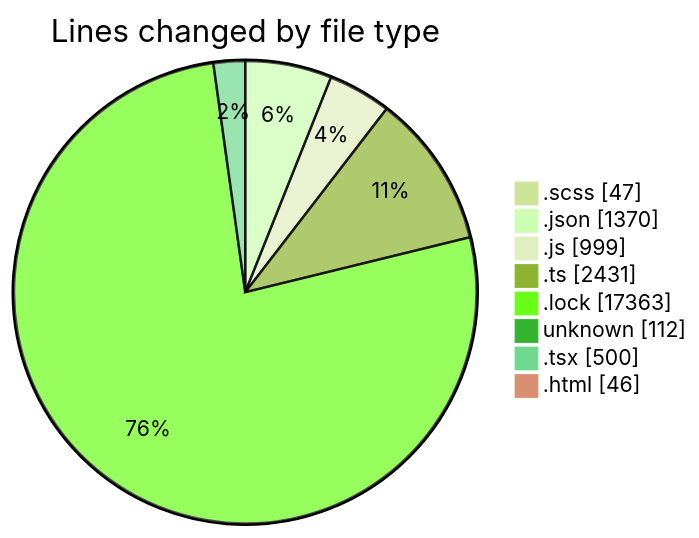
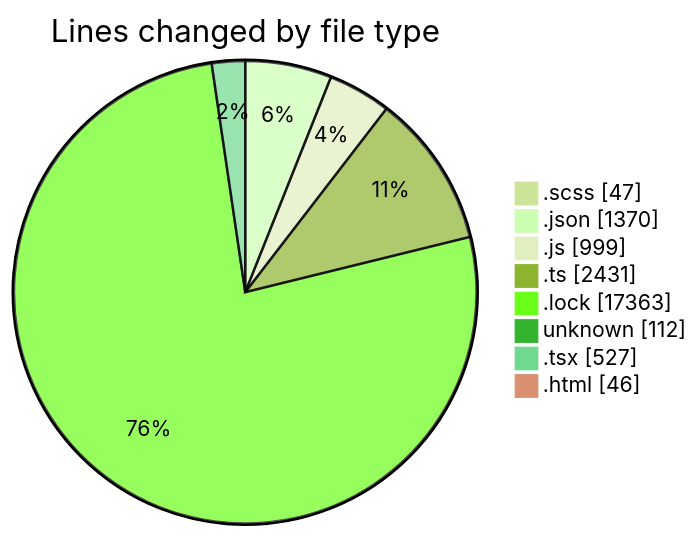
The first of 2 diagrams in 2026-04-21/cda/README.md (momahboobian/code-tracking), drawn with Mermaid (forest theme) before and after one commit. The commit also changed other lines of this file and 1 other file, not shown here.

````diff
--- a/2026-04-21/cda/README.md
+++ b/2026-04-21/cda/README.md
@@ -54,12 +54,12 @@
 ```mermaid
 pie showData
 title Lines changed by file type
 ".scss" : 47
 ".json" : 1370
 ".js" : 999
 ".ts" : 2431
 ".lock" : 17363
 "unknown" : 112
-".tsx" : 500
+".tsx" : 527
 ".html" : 46
 ```
````
